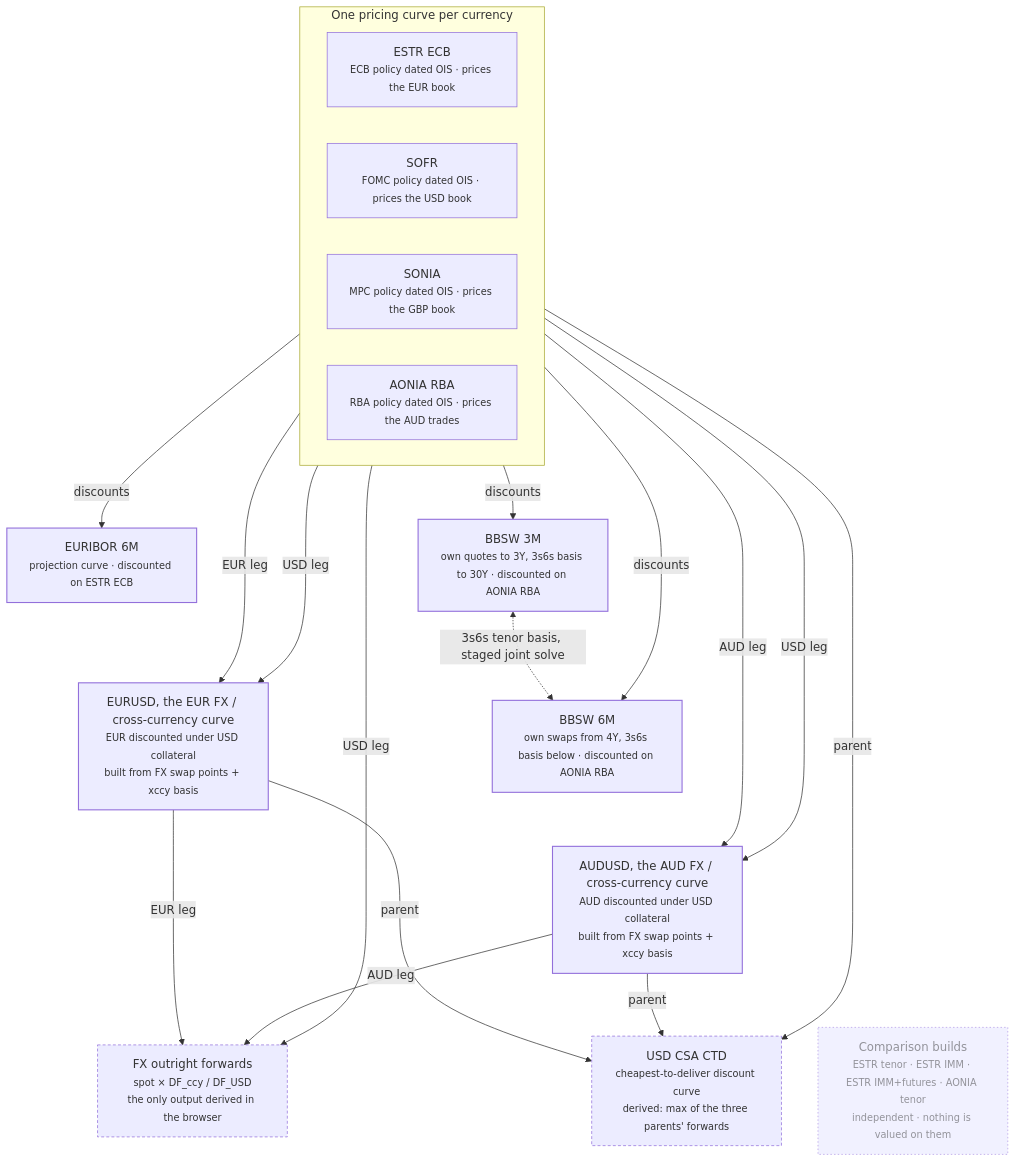
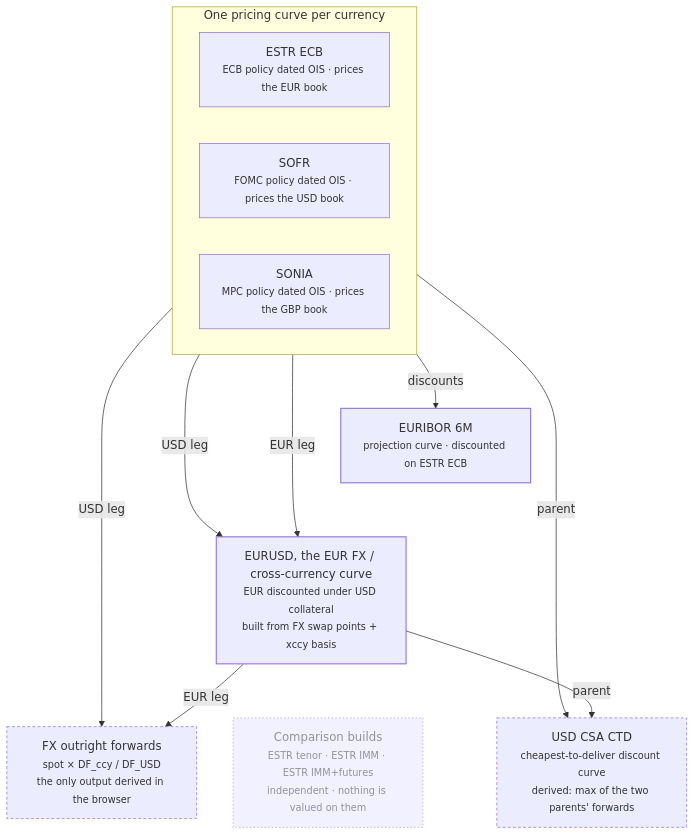
Before and after one commit to jrwglover/portfolio: the diagram in src/components/dashboards/curve_model/diagrams/curve-graph.mmd, drawn with Mermaid. The commit also changed 28 other files, not shown here.

Commit message:
AUD curves and every mention of them removed; nine curves, 224 instruments

```diff
--- a/src/components/dashboards/curve_model/diagrams/curve-graph.mmd
+++ b/src/components/dashboards/curve_model/diagrams/curve-graph.mmd
@@ -1,57 +1,40 @@
 %% Which curve needs which, and what is derived from them.
-%% The FX curves are named EURUSD and AUDUSD in the engine and labelled
-%% "under USD collateral" on the chart; both names are given here because
-%% neither on its own makes it obvious that these are the FX/cross-currency
-%% curves.
-%% One curve per currency prices the book: ESTR ECB, SOFR, SONIA and AONIA
-%% RBA. The four comparison builds (ESTR tenor, ESTR IMM, ESTR IMM+futures,
-%% AONIA tenor) carry no dependencies and nothing is valued on them, so they
-%% share one node instead of stretching the top row to eight boxes.
+%% The FX curve is named EURUSD in the engine and labelled "under USD
+%% collateral" on the chart; both names are given here.
+%% One curve per currency prices the book: ESTR ECB, SOFR and SONIA. The three
+%% comparison builds (ESTR tenor, ESTR IMM, ESTR IMM+futures) carry no
+%% dependencies and nothing is valued on them, so they share one node.
 flowchart TB
   subgraph PRC [One pricing curve per currency]
     direction LR
     ECB["ESTR ECB<br/><small>ECB policy dated OIS · prices the EUR book</small>"]
     SOFR["SOFR<br/><small>FOMC policy dated OIS · prices the USD book</small>"]
     SONIA["SONIA<br/><small>MPC policy dated OIS · prices the GBP book</small>"]
-    RBA["AONIA RBA<br/><small>RBA policy dated OIS · prices the AUD trades</small>"]
   end
 
   E6["EURIBOR 6M<br/><small>projection curve · discounted on ESTR ECB</small>"]
-  B3["BBSW 3M<br/><small>own quotes to 3Y, 3s6s basis to 30Y · discounted on AONIA RBA</small>"]
-  B6["BBSW 6M<br/><small>own swaps from 4Y, 3s6s basis below · discounted on AONIA RBA</small>"]
   XC["EURUSD, the EUR FX / cross-currency curve<br/><small>EUR discounted under USD collateral</small><br/><small>built from FX swap points + xccy basis</small>"]
-  AXC["AUDUSD, the AUD FX / cross-currency curve<br/><small>AUD discounted under USD collateral</small><br/><small>built from FX swap points + xccy basis</small>"]
 
   ECB -- "discounts" --> E6
   ECB -- "EUR leg" --> XC
   SOFR -- "USD leg" --> XC
-  RBA -- "discounts" --> B3
-  RBA -- "discounts" --> B6
-  B3 <-. "3s6s tenor basis, staged joint solve" .-> B6
-  RBA -- "AUD leg" --> AXC
-  SOFR -- "USD leg" --> AXC
 
-  %% Invisible edges push the two xccy curves onto their own row; five
-  %% 260px nodes on one rank made the SVG too wide to read in the panel.
   E6 ~~~ XC
-  B6 ~~~ AXC
 
   FWD["FX outright forwards<br/><small>spot × DF_ccy / DF_USD</small><br/><small>the only output derived in the browser</small>"]
   XC -- "EUR leg" --> FWD
-  AXC -- "AUD leg" --> FWD
   SOFR -- "USD leg" --> FWD
 
-  CTD["USD CSA CTD<br/><small>cheapest-to-deliver discount curve</small><br/><small>derived: max of the three parents' forwards</small>"]
+  CTD["USD CSA CTD<br/><small>cheapest-to-deliver discount curve</small><br/><small>derived: max of the two parents' forwards</small>"]
   SOFR -- "parent" --> CTD
   XC -- "parent" --> CTD
-  AXC -- "parent" --> CTD
 
-  CMP["Comparison builds<br/><small>ESTR tenor · ESTR IMM · ESTR IMM+futures · AONIA tenor</small><br/><small>independent · nothing is valued on them</small>"]
-  AXC ~~~ CMP
+  CMP["Comparison builds<br/><small>ESTR tenor · ESTR IMM · ESTR IMM+futures</small><br/><small>independent · nothing is valued on them</small>"]
+  XC ~~~ CMP
 
   classDef dep stroke-width:1.5px
   classDef derived stroke-dasharray:4 3
   classDef cmp stroke-dasharray:2 3,opacity:0.7
-  class E6,B3,B6,XC,AXC dep
+  class E6,XC dep
   class FWD,CTD derived
   class CMP cmp
```
